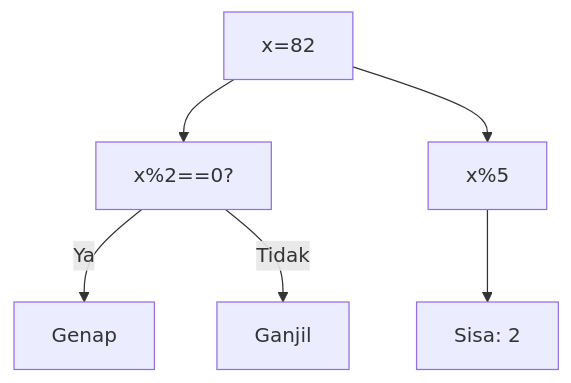
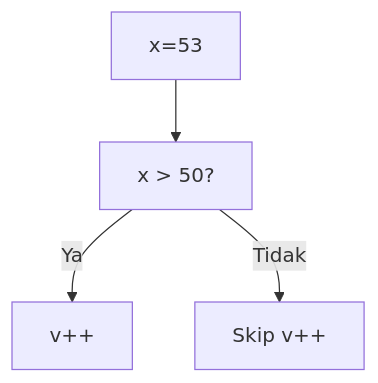
Before and after one commit to amnahwaida/OSNK_INF_PREP: the eighth of 25 diagrams in part-c-pemahaman-cpp/02-percabangan/latihan/set-02.md, drawn with Mermaid. The commit also changed other lines of this file and 71 other files, not shown here.

````diff
--- a/part-c-pemahaman-cpp/02-percabangan/latihan/set-02.md
+++ b/part-c-pemahaman-cpp/02-percabangan/latihan/set-02.md
@@ -141,8 +221,6 @@
 ```mermaid
 graph TD
-A["x=82"] --> B["x%2==0?"]
-B -- Ya --> C["Genap"]
-B -- Tidak --> D["Ganjil"]
-A --> E["x%5"]
-E --> F["Sisa: 2"]
+A["x=53"] --> B["x > 50?"]
+B -- Ya --> C["v++"]
+B -- Tidak --> D["Skip v++"]
 ```
````
